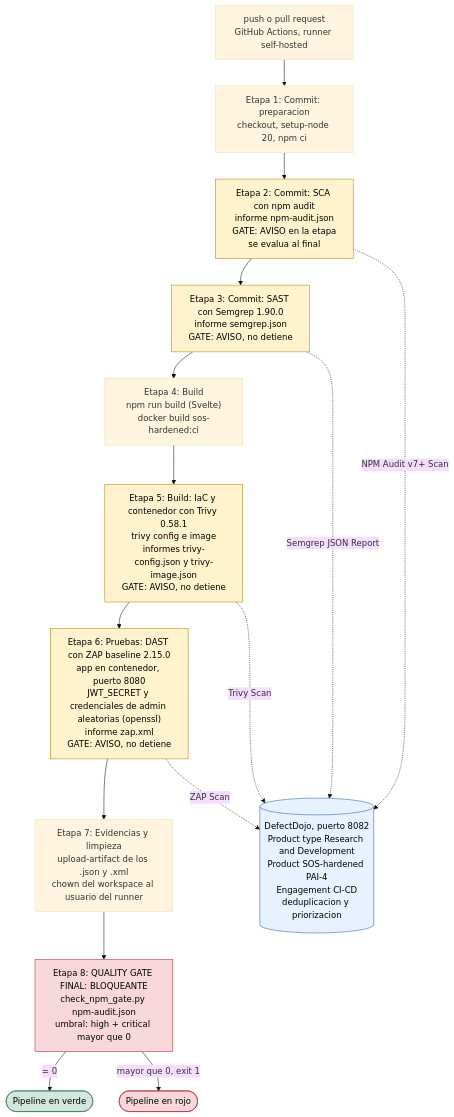
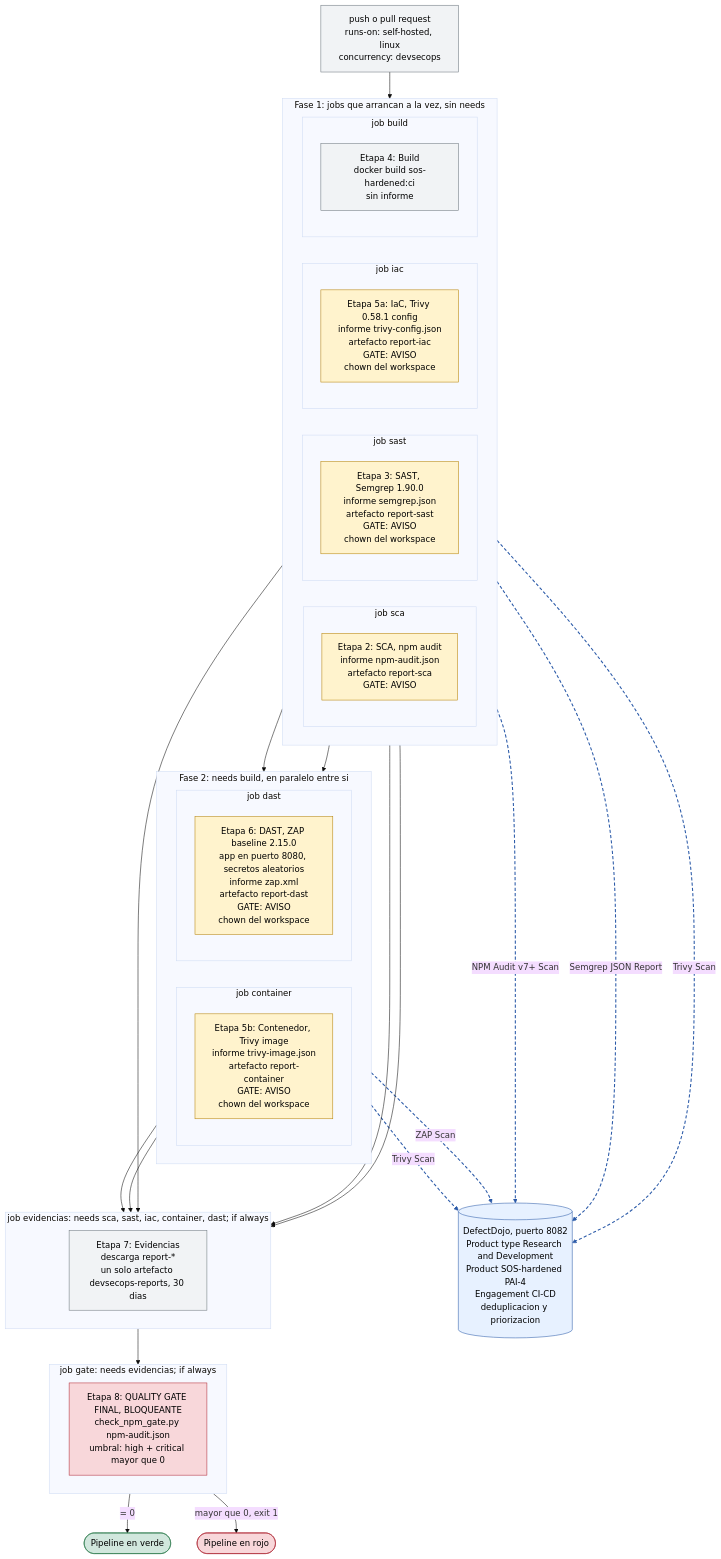
The diagram in devsecops/diagrams/pipeline.mmd (Ridawo/SOS-hardened), drawn with Mermaid (base theme) before and after one commit. The commit also changed 1 other file, not shown here.

Commit message:
docs(devsecops): redraw both diagrams for the parallel jobs

```diff
--- a/devsecops/diagrams/pipeline.mmd
+++ b/devsecops/diagrams/pipeline.mmd
@@ -1,46 +1,72 @@
 %% Diagrama 1.a: pipeline DevSecOps de SOS-hardened (GitHub Actions, runner self-hosted)
-%% Fichero del pipeline: .github/workflows/devsecops.yml
-%% Amarillo = quality gate en modo AVISO, rojo = quality gate BLOQUEANTE
+%% Fichero del pipeline: .github/workflows/devsecops.yml (8 jobs)
+%% Amarillo = quality gate en modo AVISO, rojo = quality gate BLOQUEANTE, azul = DefectDojo
 flowchart TD
-    DEV["push o pull request<br/>GitHub Actions, runner self-hosted"] --> E1
+    DEV["push o pull request<br/>runs-on: self-hosted, linux<br/>concurrency: devsecops"]
 
-    E1["Etapa 1: Commit: preparacion<br/>checkout, setup-node 20, npm ci"]
-    E1 --> SCA
+    subgraph P["Fase 1: jobs que arrancan a la vez, sin needs"]
+        direction LR
+        subgraph J1["job sca"]
+            SCA["Etapa 2: SCA, npm audit<br/>informe npm-audit.json<br/>artefacto report-sca<br/>GATE: AVISO"]
+        end
+        subgraph J2["job sast"]
+            SAST["Etapa 3: SAST, Semgrep 1.90.0<br/>informe semgrep.json<br/>artefacto report-sast<br/>GATE: AVISO<br/>chown del workspace"]
+        end
+        subgraph J3["job iac"]
+            IAC["Etapa 5a: IaC, Trivy 0.58.1 config<br/>informe trivy-config.json<br/>artefacto report-iac<br/>GATE: AVISO<br/>chown del workspace"]
+        end
+        subgraph J4["job build"]
+            BUILD["Etapa 4: Build<br/>docker build sos-hardened:ci<br/>sin informe"]
+        end
+    end
 
-    SCA["Etapa 2: Commit: SCA con npm audit<br/>informe npm-audit.json<br/>GATE: AVISO en la etapa<br/>se evalua al final"]
-    SCA --> SAST
+    subgraph Q["Fase 2: needs build, en paralelo entre si"]
+        direction LR
+        subgraph J5["job container"]
+            CONT["Etapa 5b: Contenedor, Trivy image<br/>informe trivy-image.json<br/>artefacto report-container<br/>GATE: AVISO<br/>chown del workspace"]
+        end
+        subgraph J6["job dast"]
+            DAST["Etapa 6: DAST, ZAP baseline 2.15.0<br/>app en puerto 8080, secretos aleatorios<br/>informe zap.xml<br/>artefacto report-dast<br/>GATE: AVISO<br/>chown del workspace"]
+        end
+    end
 
-    SAST["Etapa 3: Commit: SAST con Semgrep 1.90.0<br/>informe semgrep.json<br/>GATE: AVISO, no detiene"]
-    SAST --> BUILD
+    subgraph J7["job evidencias: needs sca, sast, iac, container, dast; if always"]
+        EVI["Etapa 7: Evidencias<br/>descarga report-*<br/>un solo artefacto devsecops-reports, 30 dias"]
+    end
 
-    BUILD["Etapa 4: Build<br/>npm run build (Svelte)<br/>docker build sos-hardened:ci"]
-    BUILD --> TRIVY
+    subgraph J8["job gate: needs evidencias; if always"]
+        GATE["Etapa 8: QUALITY GATE FINAL, BLOQUEANTE<br/>check_npm_gate.py npm-audit.json<br/>umbral: high + critical mayor que 0"]
+    end
 
-    TRIVY["Etapa 5: Build: IaC y contenedor con Trivy 0.58.1<br/>trivy config e image<br/>informes trivy-config.json y trivy-image.json<br/>GATE: AVISO, no detiene"]
-    TRIVY --> DAST
-
-    DAST["Etapa 6: Pruebas: DAST con ZAP baseline 2.15.0<br/>app en contenedor, puerto 8080<br/>JWT_SECRET y credenciales de admin aleatorias (openssl)<br/>informe zap.xml<br/>GATE: AVISO, no detiene"]
-    DAST --> ART
-
-    ART["Etapa 7: Evidencias y limpieza<br/>upload-artifact de los .json y .xml<br/>chown del workspace al usuario del runner"]
-    ART --> GATE
-
-    GATE["Etapa 8: QUALITY GATE FINAL: BLOQUEANTE<br/>check_npm_gate.py npm-audit.json<br/>umbral: high + critical mayor que 0"]
-    GATE -->|"= 0"| OK(["Pipeline en verde"])
-    GATE -->|"mayor que 0, exit 1"| KO(["Pipeline en rojo"])
+    DEV --> P
+    P ~~~ Q
+    J4 --> J5
+    J4 --> J6
+    J1 --> J7
+    J2 --> J7
+    J3 --> J7
+    J5 --> J7
+    J6 --> J7
+    J7 --> J8
+    J8 -->|"= 0"| OK(["Pipeline en verde"])
+    J8 -->|"mayor que 0, exit 1"| KO(["Pipeline en rojo"])
 
     DOJO[("DefectDojo, puerto 8082<br/>Product type Research and Development<br/>Product SOS-hardened PAI-4<br/>Engagement CI-CD<br/>deduplicacion y priorizacion")]
 
-    SCA -.->|"NPM Audit v7+ Scan"| DOJO
-    SAST -.->|"Semgrep JSON Report"| DOJO
-    TRIVY -.->|"Trivy Scan"| DOJO
-    DAST -.->|"ZAP Scan"| DOJO
+    J1 -.->|"NPM Audit v7+ Scan"| DOJO
+    J2 -.->|"Semgrep JSON Report"| DOJO
+    J3 -.->|"Trivy Scan"| DOJO
+    J5 -.->|"Trivy Scan"| DOJO
+    J6 -.->|"ZAP Scan"| DOJO
 
     classDef aviso fill:#fff3cd,stroke:#b58105,color:#000
     classDef bloqueante fill:#f8d7da,stroke:#b02a37,color:#000
     classDef ok fill:#d1e7dd,stroke:#2f7d4f,color:#000
     classDef dojo fill:#e7f1ff,stroke:#2b5aa8,color:#000
-    class SCA,SAST,TRIVY,DAST aviso
+    classDef neutro fill:#f1f3f5,stroke:#6c757d,color:#000
+    class SCA,SAST,IAC,CONT,DAST aviso
     class GATE,KO bloqueante
     class OK ok
     class DOJO dojo
+    class BUILD,EVI,DEV neutro
+    linkStyle 12,13,14,15,16 stroke:#2b5aa8,stroke-width:2px,stroke-dasharray:6 4
```
